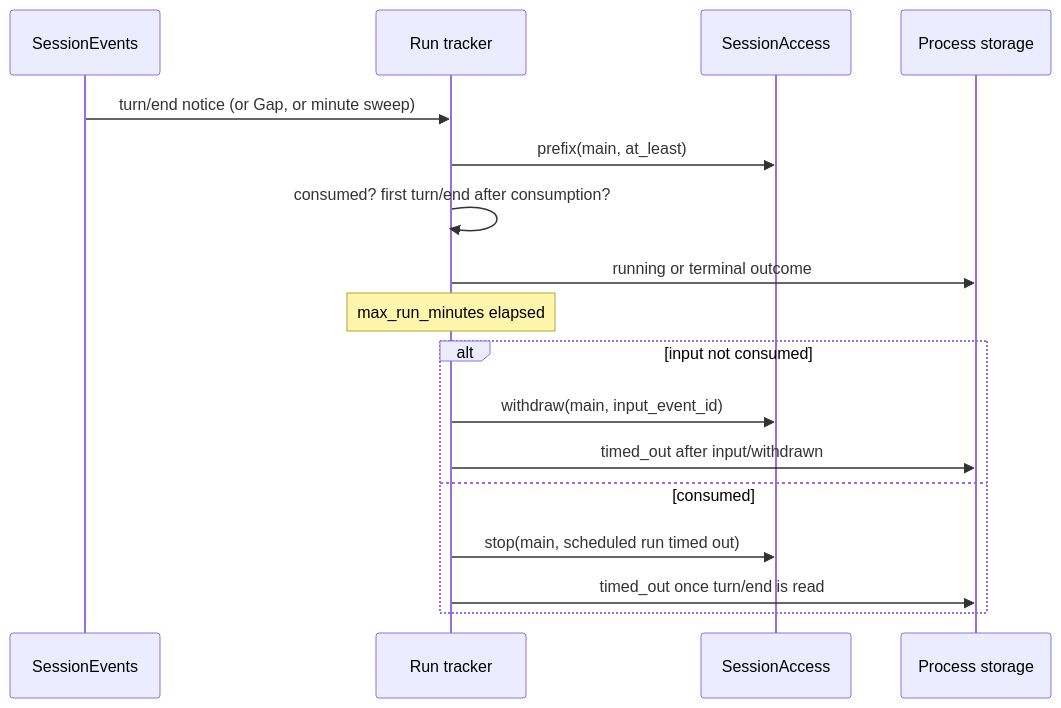
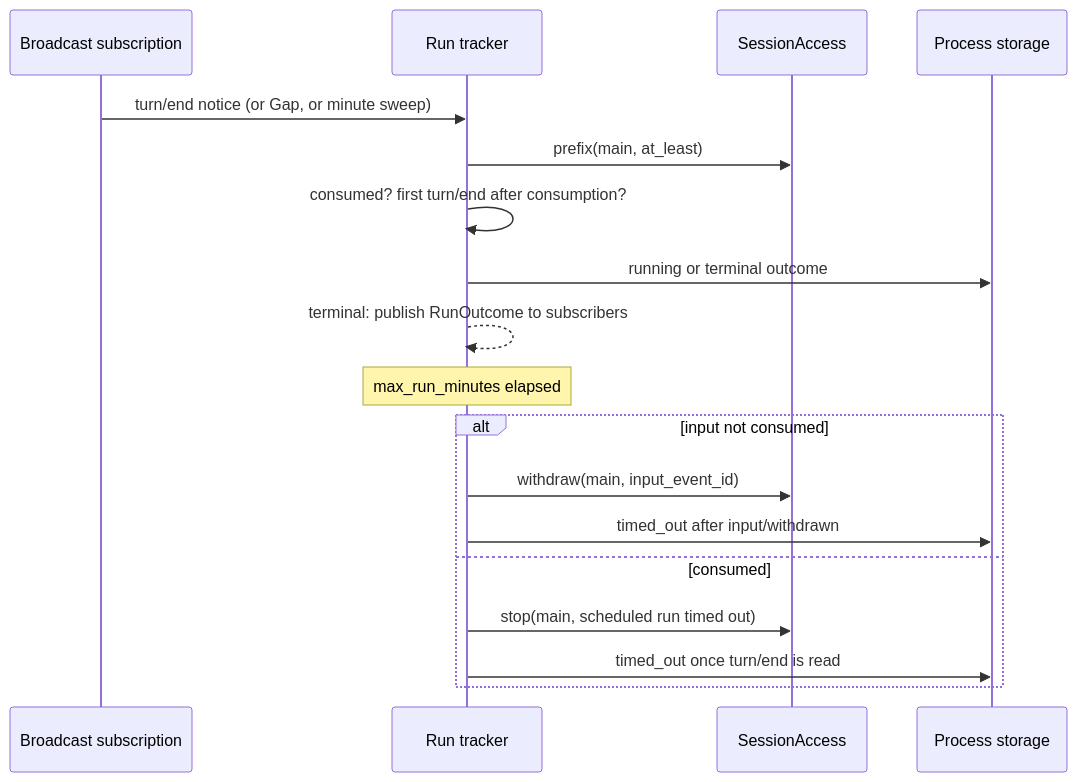
Before and after one commit to CoutinhoTTS/dim-agent: the fourth of 6 diagrams in docs/design/plugins/Scheduler.md, drawn with Mermaid. The commit also changed other lines of this file and 3 other files, not shown here.

````diff
--- a/docs/design/plugins/Scheduler.md
+++ b/docs/design/plugins/Scheduler.md
@@ -111,19 +115,20 @@
 ```mermaid
 sequenceDiagram
-  participant SB as SessionEvents
+  participant SB as Broadcast subscription
   participant R as Run tracker
   participant SA as SessionAccess
   participant ST as Process storage
   SB->>R: turn/end notice (or Gap, or minute sweep)
   R->>SA: prefix(main, at_least)
   R->>R: consumed? first turn/end after consumption?
   R->>ST: running or terminal outcome
+  R-->>R: terminal: publish RunOutcome to subscribers
   Note over R: max_run_minutes elapsed
   alt input not consumed
     R->>SA: withdraw(main, input_event_id)
     R->>ST: timed_out after input/withdrawn
   else consumed
     R->>SA: stop(main, scheduled run timed out)
     R->>ST: timed_out once turn/end is read
   end
 ```
````
